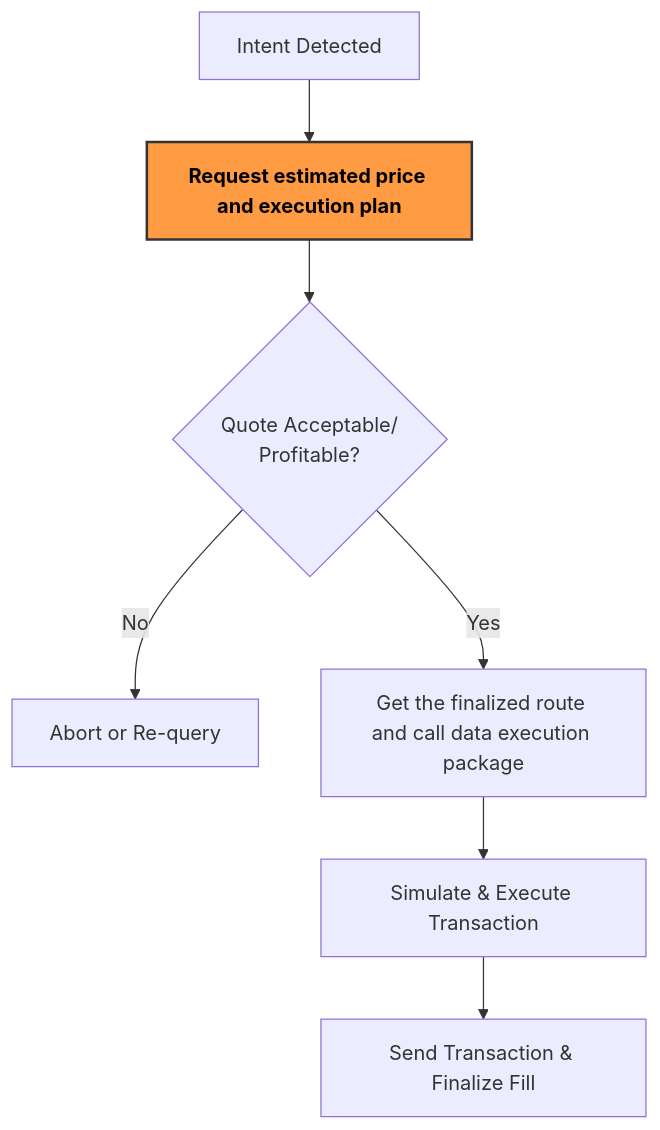
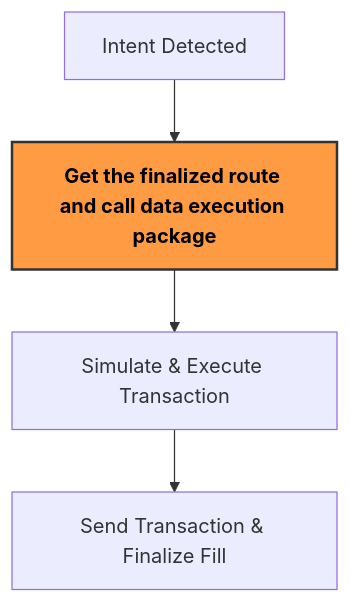
One commit to sprintertech/sprinter-sdk changed the diagram in docs/docs/03-Solve/index.md. Above: the diagram before and after it, drawn with Mermaid. The commit also changed 1 other file, not shown here.

Commit message:
fix(docs): adding router addresses  (#163)

````diff
--- a/docs/docs/03-Solve/index.md
+++ b/docs/docs/03-Solve/index.md
@@ -22,13 +22,12 @@
 ```mermaid
 flowchart TD
-  A[Intent Detected] --> B[Request estimated price and execution plan]
-  B --> C{Quote Acceptable/<br>Profitable?}
-  C -- No --> D[Abort or Re-query]
-  C -- Yes --> E[Get the finalized route and call data execution package]
+  A[Intent Detected] -->
+  E[Get the finalized route and call data execution package]
   E --> F[Simulate & Execute Transaction]
   F --> G[Send Transaction & Finalize Fill]
 
 
-click B "solve-get-route-v2" "Borrow Quote"
-style B fill:#FF9B43,stroke:#333,stroke-width:2px,color:#000,font-weight:bold
+click E "solve-get-route-v2" "Borrow Quote"
+style E fill:#FF9B43,stroke:#333,stroke-width:2px,color:#000,font-weight:bold
+
 ```
````
